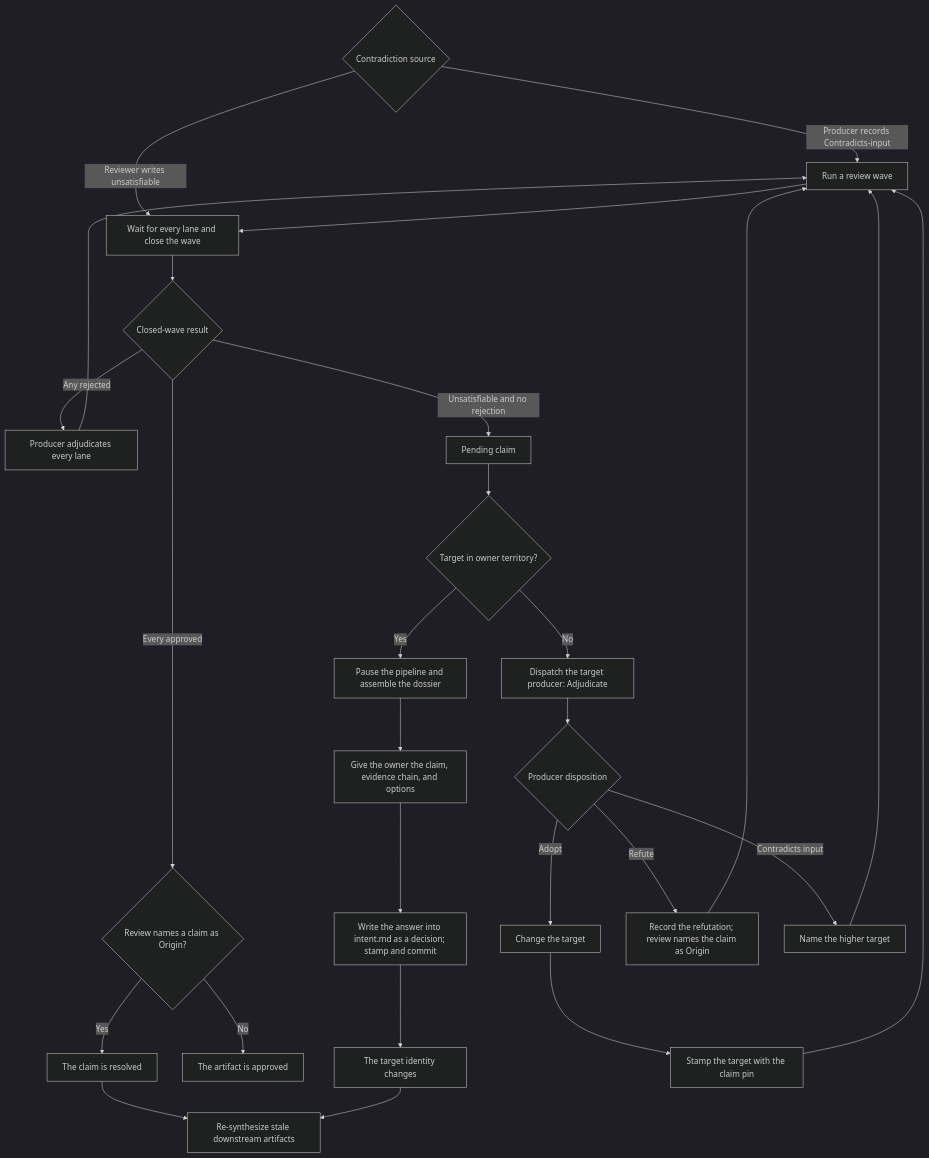
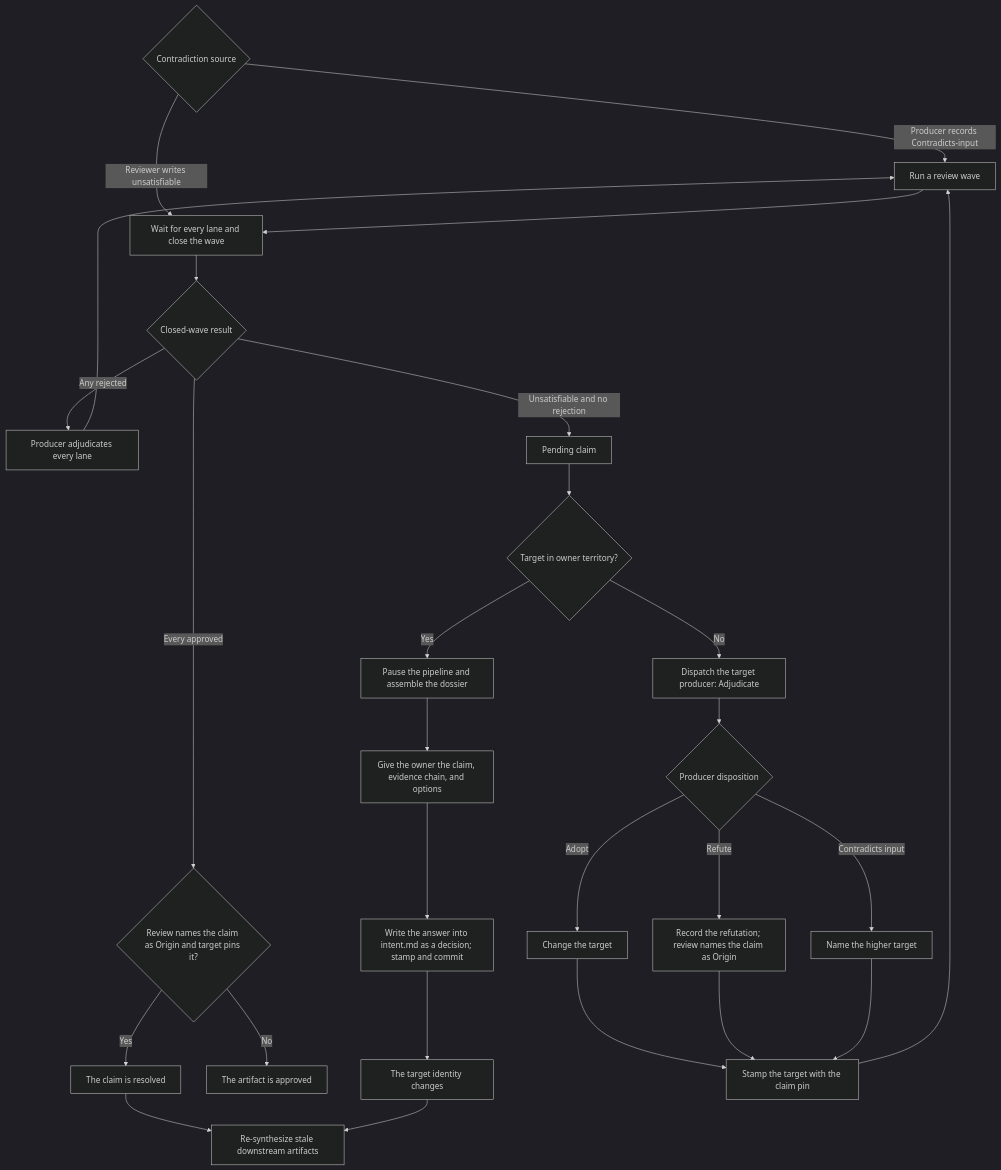
The diagram in docs/flowcharts/escalation.md (Automattic/radical-pipelines), drawn with Mermaid (dark theme) before and after one commit. The commit also changed 3 other files, not shown here.

Commit message:
Align pipeline reference diagrams

````diff
--- a/docs/flowcharts/escalation.md
+++ b/docs/flowcharts/escalation.md
@@ -5,29 +5,29 @@
 ```mermaid
 flowchart TD
     START{"Contradiction source"} -->|Producer records Contradicts-input| A["Run a review wave"]
     START -->|Reviewer writes unsatisfiable| C
     A --> C["Wait for every lane and close the wave"]
     C --> D{"Closed-wave result"}
     D -->|Any rejected| E["Producer adjudicates every lane"]
     E --> A
-    D -->|Every approved| F{"Review names a claim as Origin?"}
+    D -->|Every approved| F{"Review names the claim as Origin and target pins it?"}
     F -->|Yes| RESOLVED["The claim is resolved"]
     F -->|No| APPROVED["The artifact is approved"]
     D -->|Unsatisfiable and no rejection| G["Pending claim"]
     G --> H{"Target in owner territory?"}
     H -->|Yes| I["Pause the pipeline and assemble the dossier"]
     I --> J["Give the owner the claim, evidence chain, and options"]
     J --> K["Write the answer into intent.md as a decision; stamp and commit"]
     K --> CHANGED["The target identity changes"]
     H -->|No| N["Dispatch the target producer: Adjudicate"]
     N --> O{"Producer disposition"}
     O -->|Adopt| P["Change the target"]
     O -->|Refute| Q["Record the refutation; review names the claim as Origin"]
     O -->|Contradicts input| R["Name the higher target"]
     P --> S["Stamp the target with the claim pin"]
+    Q --> S
+    R --> S
     S --> A
-    Q --> A
-    R --> A
     RESOLVED --> CASCADE
     CHANGED --> CASCADE["Re-synthesize stale downstream artifacts"]
 ```
````
